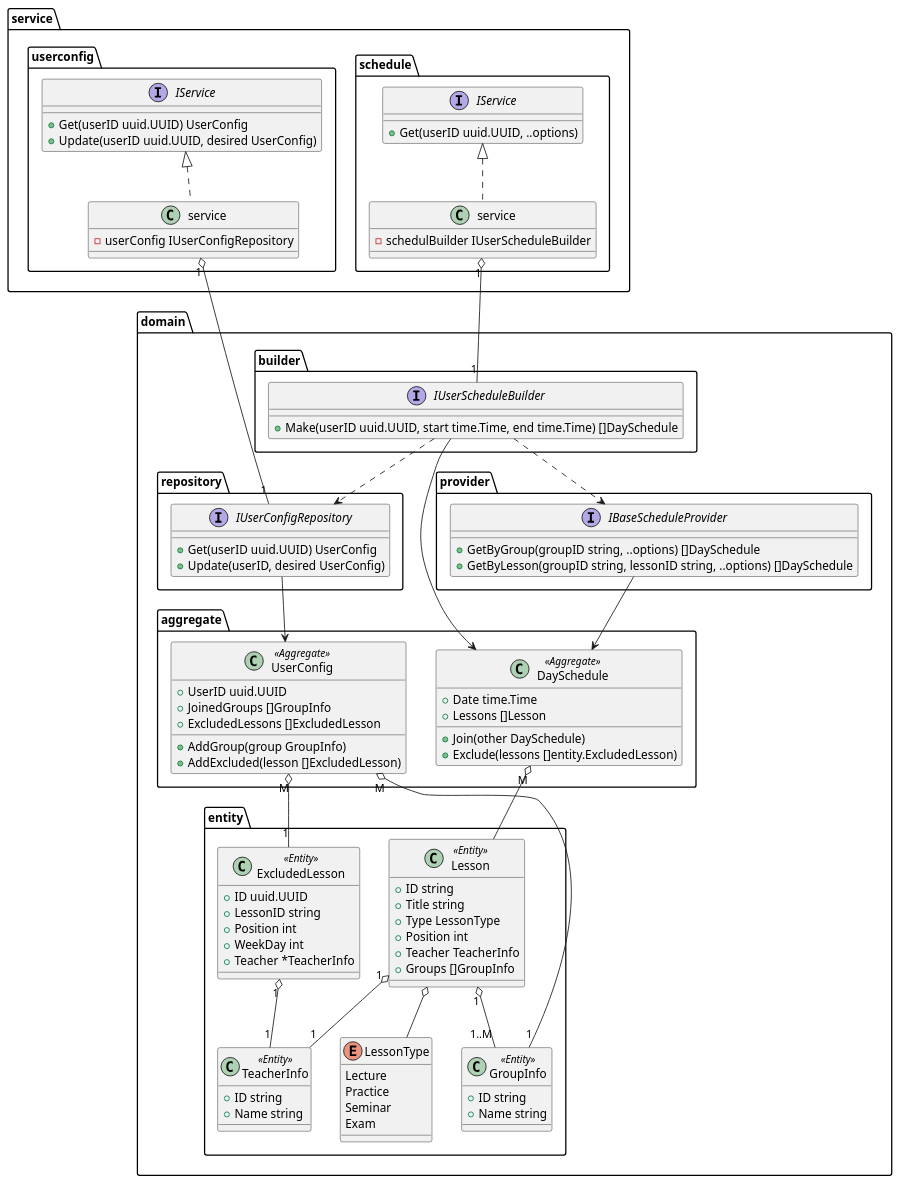
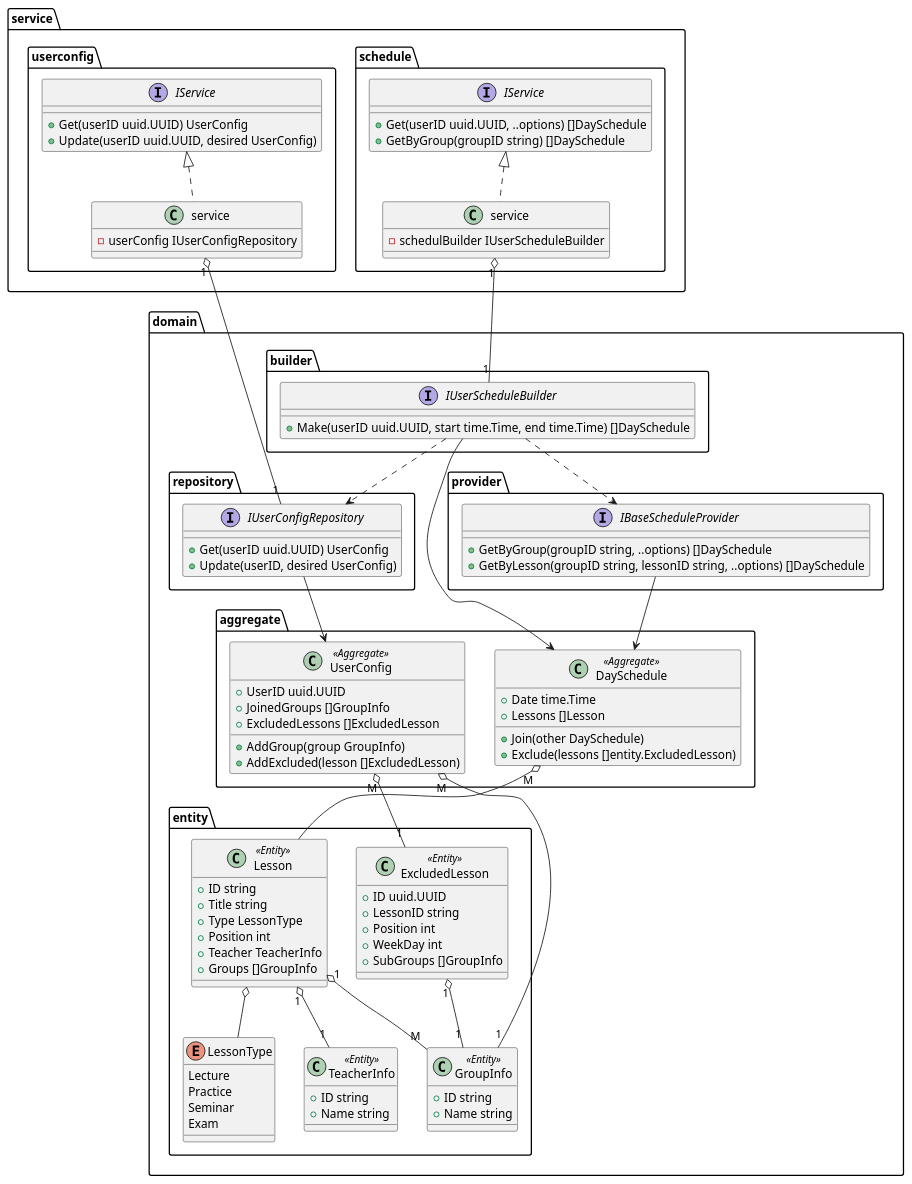
One commit to tellmeac/ExtendedSchedule changed the diagram in ExtendedSchedule/docs/class_diagram.puml. Above: the diagram before and after it, drawn with PlantUML. The commit also changed 23 other files, not shown here.

```diff
--- a/ExtendedSchedule/docs/class_diagram.puml
+++ b/ExtendedSchedule/docs/class_diagram.puml
@@ -1,125 +1,126 @@
 @startuml class_diagram
 
 namespace domain {
     namespace entity {
         class Lesson <<Entity>> {
             +ID string
             +Title string
             +Type LessonType
             +Position int
             +Teacher TeacherInfo
             +Groups []GroupInfo
         }
 
         enum LessonType {
             Lecture
             Practice
             Seminar
             Exam
         }
 
         Lesson o-- LessonType
         Lesson "1" o-- "1" TeacherInfo
-        Lesson "1" o-- "1..M" GroupInfo
+        Lesson "1" o-- "M" GroupInfo
 
         class ExcludedLesson <<Entity>> {
             +ID uuid.UUID
             +LessonID string
             +Position int
             +WeekDay int
-            +Teacher *TeacherInfo
+            +SubGroups []GroupInfo
         }
 
-        ExcludedLesson "1" o-- "1" TeacherInfo
+        ExcludedLesson "1" o-- "1" GroupInfo
 
         class GroupInfo <<Entity>> {
             +ID string
             +Name string
         }
 
         class TeacherInfo <<Entity>> {
             +ID string
             +Name string
         }
     }
 
     namespace aggregate {
         class UserConfig <<Aggregate>> {
             +UserID uuid.UUID
             +JoinedGroups []GroupInfo
             +ExcludedLessons []ExcludedLesson
             +AddGroup(group GroupInfo)
             +AddExcluded(lesson []ExcludedLesson)
         }
 
         class DaySchedule <<Aggregate>> {
             +Date time.Time
             +Lessons []Lesson
             +Join(other DaySchedule)
             +Exclude(lessons []entity.ExcludedLesson)
         }
 
         DaySchedule "M" o-- domain.entity.Lesson
     }
 
     domain.aggregate.UserConfig "M" o-- "1" domain.entity.ExcludedLesson
     domain.aggregate.UserConfig "M" o-- "1" domain.entity.GroupInfo
 
     namespace repository {
         interface IUserConfigRepository {
             +Get(userID uuid.UUID) UserConfig
             +Update(userID, desired UserConfig)
         }
 
         IUserConfigRepository --> domain.aggregate.UserConfig
     }
 
     namespace provider {
         interface IBaseScheduleProvider {
             +GetByGroup(groupID string, ..options) []DaySchedule
             +GetByLesson(groupID string, lessonID string, ..options) []DaySchedule
         }
 
         IBaseScheduleProvider --r-> domain.aggregate.DaySchedule
     }
 
     namespace builder {
         interface IUserScheduleBuilder {
             +Make(userID uuid.UUID, start time.Time, end time.Time) []DaySchedule
         }
 
         IUserScheduleBuilder --> domain.aggregate.DaySchedule
 
         IUserScheduleBuilder ..> domain.repository.IUserConfigRepository
         IUserScheduleBuilder ..> domain.provider.IBaseScheduleProvider
     }
 }
 
 namespace service {
     namespace userconfig {
         interface IService {
             +Get(userID uuid.UUID) UserConfig
             +Update(userID uuid.UUID, desired UserConfig)
         }
 
         class service implements IService {
             -userConfig IUserConfigRepository
         }
 
         service "1" o-- "1" domain.repository.IUserConfigRepository
     }
 
     namespace schedule {
         interface IService {
-            +Get(userID uuid.UUID, ..options)
+            +Get(userID uuid.UUID, ..options) []DaySchedule
+            +GetByGroup(groupID string) []DaySchedule
         }
 
         class service implements IService {
             -schedulBuilder IUserScheduleBuilder
         }
 
         service "1" o-- "1" domain.builder.IUserScheduleBuilder
     }
 }
 
 @enduml
```
